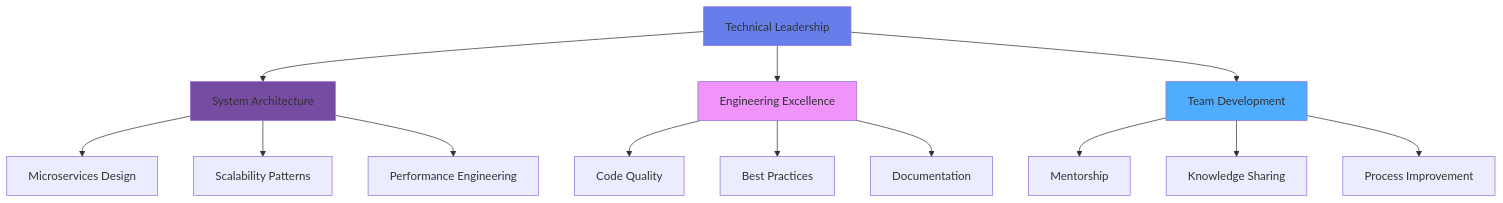
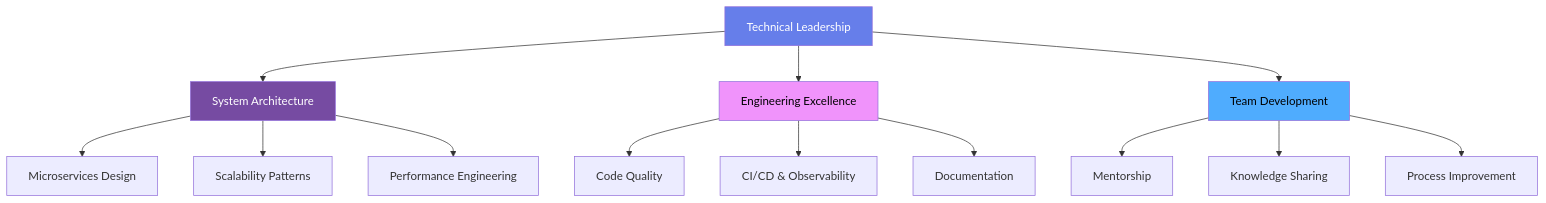
The diagram in README.md (carefree-ladka/carefree-ladka), drawn with Mermaid before and after one commit. The commit also changed other lines of this file, not shown here.

````diff
--- a/README.md
+++ b/README.md
@@ -91,23 +83,23 @@
 ```mermaid
 graph TB
     A[Technical Leadership] --> B[System Architecture]
     A --> C[Engineering Excellence]
     A --> D[Team Development]
-    
+
     B --> B1[Microservices Design]
     B --> B2[Scalability Patterns]
     B --> B3[Performance Engineering]
-    
+
     C --> C1[Code Quality]
-    C --> C2[Best Practices]
+    C --> C2[CI/CD & Observability]
     C --> C3[Documentation]
-    
+
     D --> D1[Mentorship]
     D --> D2[Knowledge Sharing]
     D --> D3[Process Improvement]
-    
-    style A fill:#667eea
-    style B fill:#764ba2
-    style C fill:#f093fb
-    style D fill:#4facfe
+
+    style A fill:#667eea,color:#fff
+    style B fill:#764ba2,color:#fff
+    style C fill:#f093fb,color:#000
+    style D fill:#4facfe,color:#000
 ```
````
